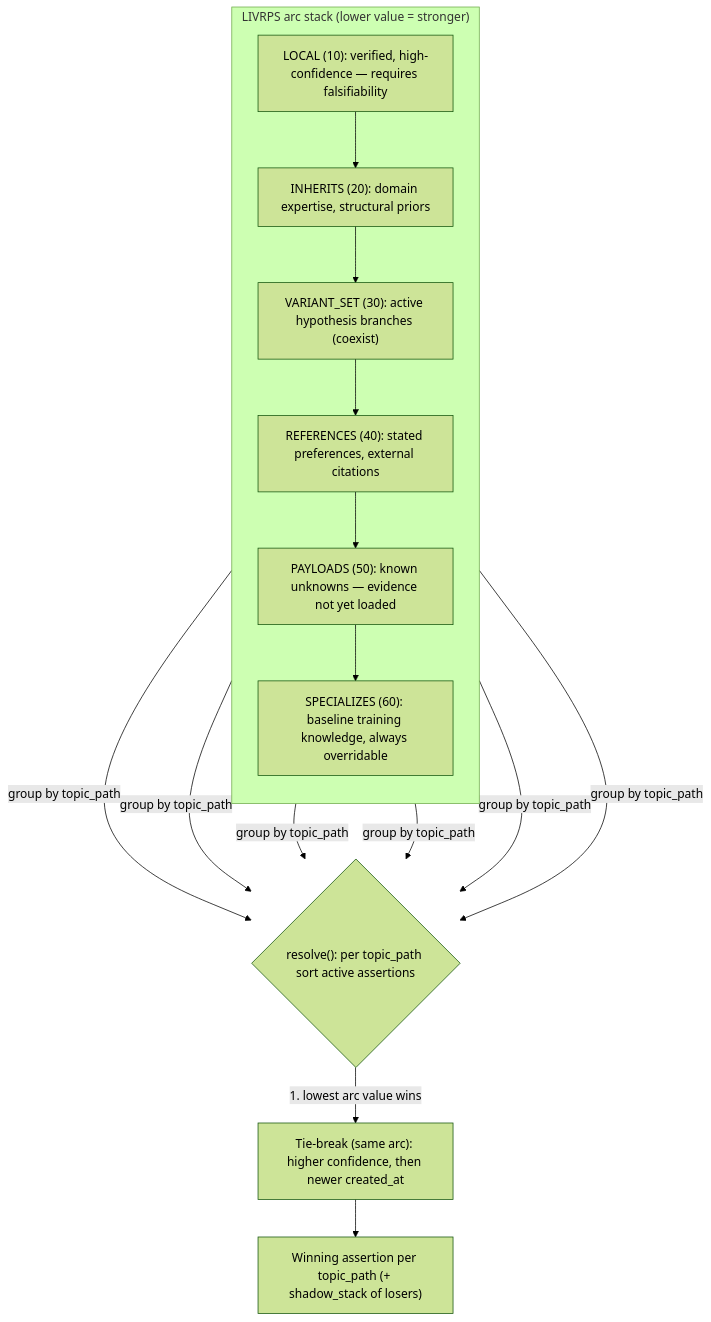
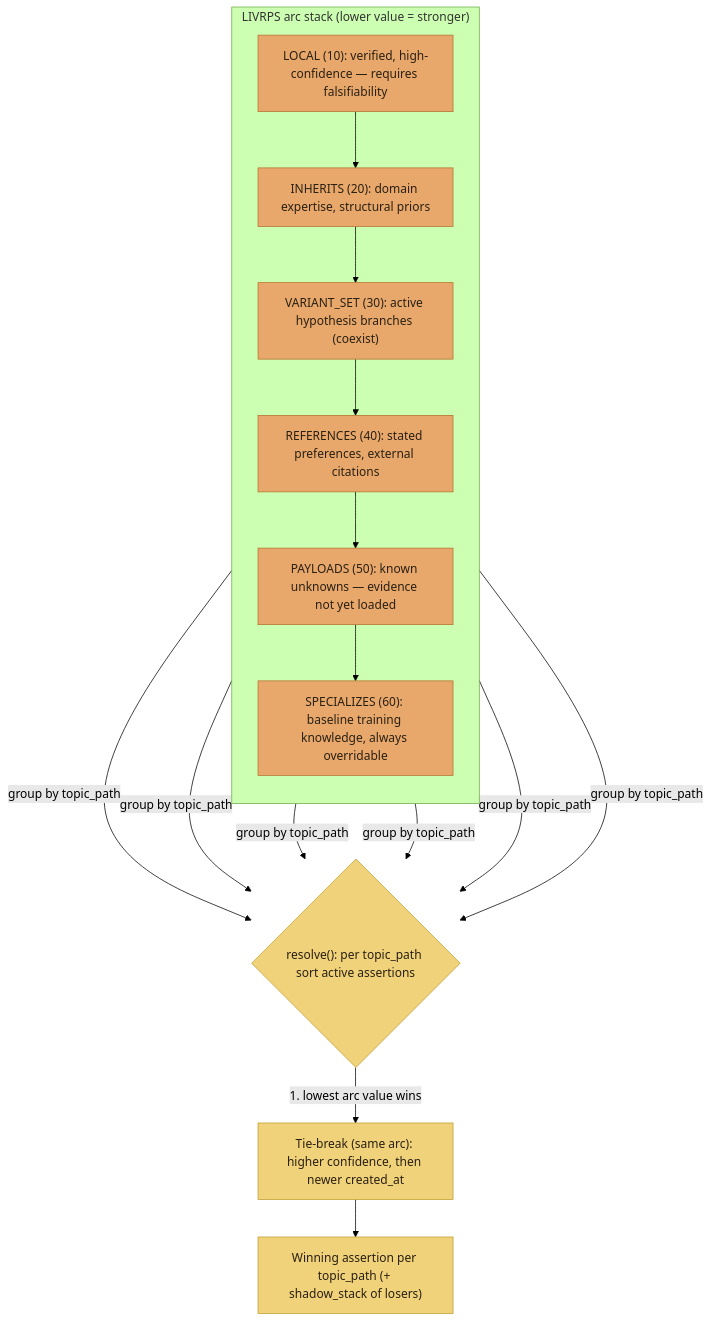
The first of 8 diagrams in README.md (JosephOIbrahim/Cognitive-Bridge), drawn with Mermaid (forest theme) before and after one commit. The commit also changed other lines of this file, not shown here.

First line of the commit message:
[docs] restyle mermaid diagrams + close-the-loop polish

````diff
--- a/README.md
+++ b/README.md
@@ -305,23 +306,27 @@
 ```mermaid
 flowchart TD
     subgraph Stack["LIVRPS arc stack (lower value = stronger)"]
         direction TB
         L["LOCAL (10): verified, high-confidence — requires falsifiability"]
         I["INHERITS (20): domain expertise, structural priors"]
         V["VARIANT_SET (30): active hypothesis branches (coexist)"]
         R["REFERENCES (40): stated preferences, external citations"]
         P["PAYLOADS (50): known unknowns — evidence not yet loaded"]
         S["SPECIALIZES (60): baseline training knowledge, always overridable"]
         L --> I --> V --> R --> P --> S
     end
     L -->|group by topic_path| Resolve
     I -->|group by topic_path| Resolve
     V -->|group by topic_path| Resolve
     R -->|group by topic_path| Resolve
     P -->|group by topic_path| Resolve
     S -->|group by topic_path| Resolve
     Resolve{"resolve(): per topic_path sort active assertions"}
     Resolve -->|"1. lowest arc value wins"| Tie
     Tie["Tie-break (same arc): higher confidence, then newer created_at"]
     Tie --> Winner["Winning assertion per topic_path (+ shadow_stack of losers)"]
+    classDef orange fill:#E8A86B,stroke:#B5722E,stroke-width:1px,color:#2A2014;
+    classDef yellow fill:#F0D27A,stroke:#BF9D2E,stroke-width:1px,color:#2A2014;
+    class L,I,V,R,P,S orange;
+    class Resolve,Tie,Winner yellow;
 ```
````
